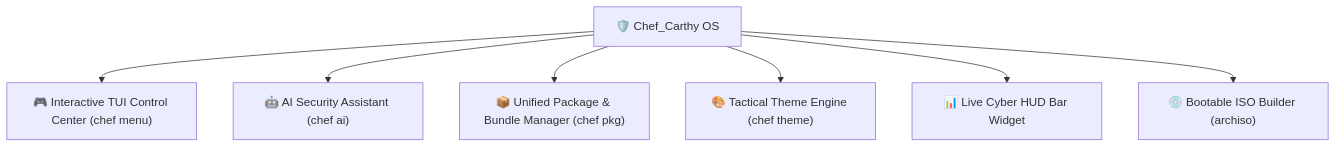
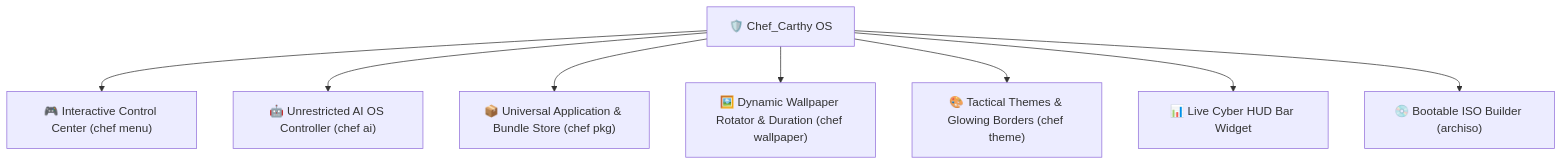
Before and after one commit to OLAg-shs/Chef_Carthy: the diagram in README.md, drawn with Mermaid. The commit also changed other lines of this file and 7 other files, not shown here.

Commit message:
feat: Add unrestricted AI OS controller, Google CLI login workflow, dynamic wallpaper rotator with duration control, and universal app store (VLC, VMware)

````diff
--- a/README.md
+++ b/README.md
@@ -21,9 +21,10 @@
 ```mermaid
 graph TD
-    A["🛡️ Chef_Carthy OS"] --> B["🎮 Interactive TUI Control Center (chef menu)"]
-    A --> C["🤖 AI Security Assistant (chef ai)"]
-    A --> D["📦 Unified Package & Bundle Manager (chef pkg)"]
-    A --> E["🎨 Tactical Theme Engine (chef theme)"]
-    A --> F["📊 Live Cyber HUD Bar Widget"]
-    A --> G["💿 Bootable ISO Builder (archiso)"]
+    A["🛡️ Chef_Carthy OS"] --> B["🎮 Interactive Control Center (chef menu)"]
+    A --> C["🤖 Unrestricted AI OS Controller (chef ai)"]
+    A --> D["📦 Universal Application & Bundle Store (chef pkg)"]
+    A --> E["🖼️ Dynamic Wallpaper Rotator & Duration (chef wallpaper)"]
+    A --> F["🎨 Tactical Themes & Glowing Borders (chef theme)"]
+    A --> G["📊 Live Cyber HUD Bar Widget"]
+    A --> H["💿 Bootable ISO Builder (archiso)"]
 ```
````
